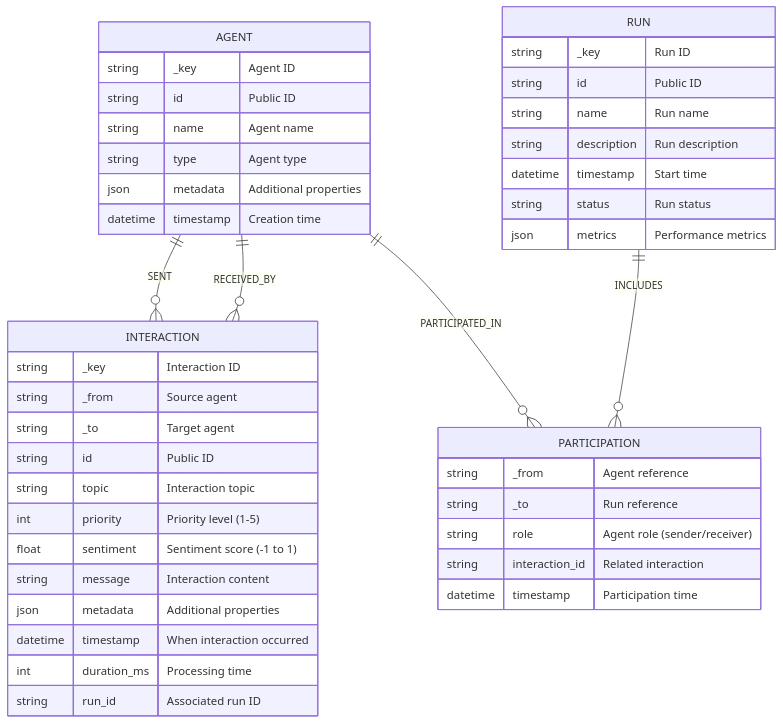
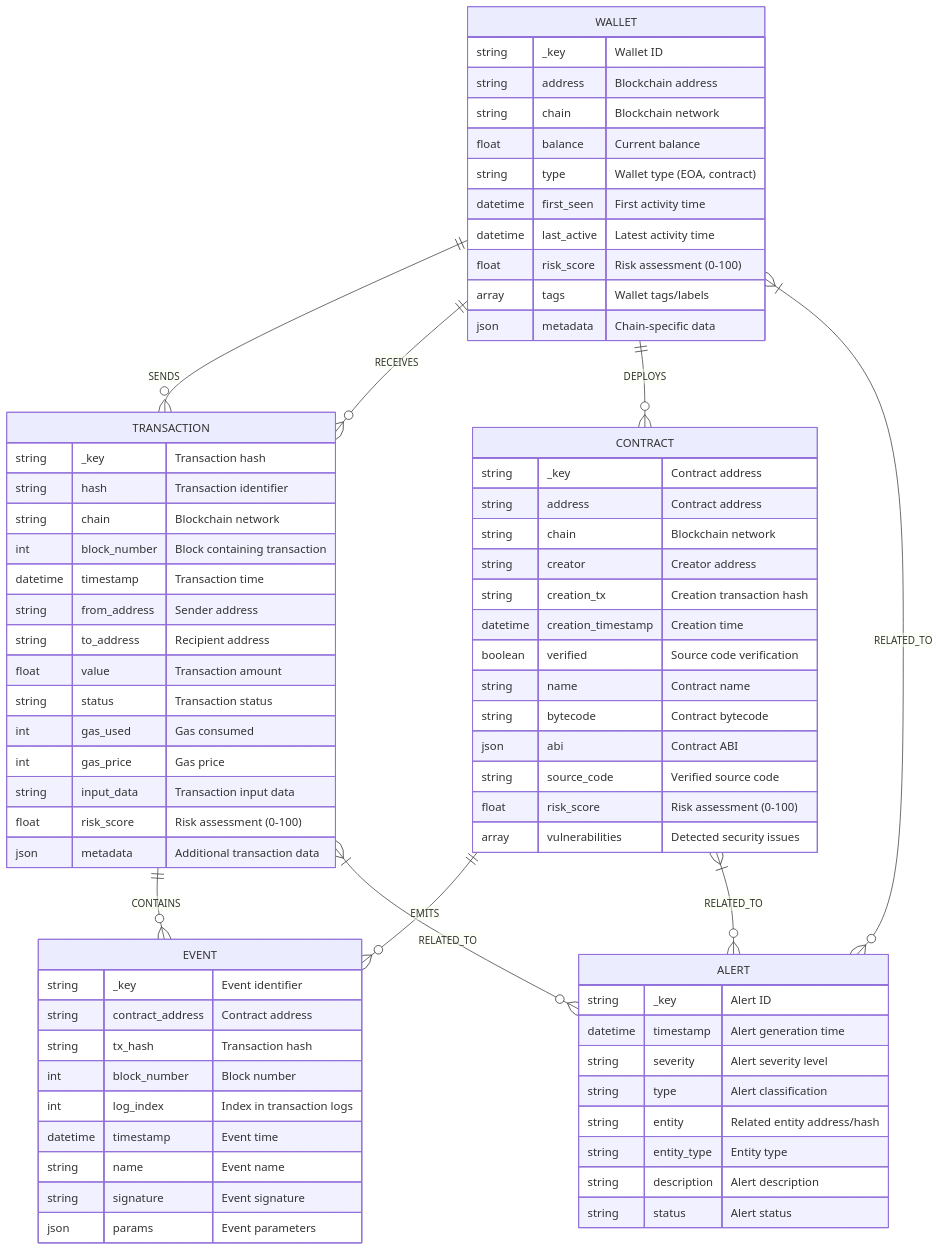
One commit to JtPerez-Acle/NeuroSpark changed the sixth of 7 diagrams in README.md. Above: the diagram before and after it, drawn with Mermaid. The commit also changed other lines of this file and 21 other files, not shown here.

Commit message:
[core] completed move to blockchain-first system; v0.9.0

````diff
--- a/README.md
+++ b/README.md
@@ -702,49 +717,80 @@
 ```mermaid
 erDiagram
-    AGENT ||--o{ INTERACTION : "SENT"
-    AGENT ||--o{ INTERACTION : "RECEIVED_BY"
-    AGENT ||--o{ PARTICIPATION : "PARTICIPATED_IN"
-    RUN ||--o{ PARTICIPATION : "INCLUDES"
+    WALLET ||--o{ TRANSACTION : "SENDS"
+    WALLET ||--o{ TRANSACTION : "RECEIVES"
+    WALLET ||--o{ CONTRACT : "DEPLOYS"
+    CONTRACT ||--o{ EVENT : "EMITS"
+    TRANSACTION ||--o{ EVENT : "CONTAINS"
+    WALLET }|--o{ ALERT : "RELATED_TO"
+    CONTRACT }|--o{ ALERT : "RELATED_TO"
+    TRANSACTION }|--o{ ALERT : "RELATED_TO"
     
-    AGENT {
-        string _key "Agent ID"
-        string id "Public ID"
-        string name "Agent name"
-        string type "Agent type"
-        json metadata "Additional properties"
-        datetime timestamp "Creation time"
+    WALLET {
+        string _key "Wallet ID"
+        string address "Blockchain address"
+        string chain "Blockchain network"
+        float balance "Current balance"
+        string type "Wallet type (EOA, contract)"
+        datetime first_seen "First activity time"
+        datetime last_active "Latest activity time"
+        float risk_score "Risk assessment (0-100)"
+        array tags "Wallet tags/labels"
+        json metadata "Chain-specific data"
     }
     
-    INTERACTION {
-        string _key "Interaction ID"
-        string _from "Source agent"
-        string _to "Target agent"
-        string id "Public ID"
-        string topic "Interaction topic"
-        int priority "Priority level (1-5)"
-        float sentiment "Sentiment score (-1 to 1)"
-        string message "Interaction content"
-        json metadata "Additional properties"
-        datetime timestamp "When interaction occurred"
-        int duration_ms "Processing time"
-        string run_id "Associated run ID"
+    TRANSACTION {
+        string _key "Transaction hash"
+        string hash "Transaction identifier"
+        string chain "Blockchain network"
+        int block_number "Block containing transaction"
+        datetime timestamp "Transaction time"
+        string from_address "Sender address"
+        string to_address "Recipient address"
+        float value "Transaction amount"
+        string status "Transaction status"
+        int gas_used "Gas consumed"
+        int gas_price "Gas price"
+        string input_data "Transaction input data"
+        float risk_score "Risk assessment (0-100)"
+        json metadata "Additional transaction data"
     }
     
-    RUN {
-        string _key "Run ID"
-        string id "Public ID"
-        string name "Run name"
-        string description "Run description"
-        datetime timestamp "Start time"
-        string status "Run status"
-        json metrics "Performance metrics"
+    CONTRACT {
+        string _key "Contract address"
+        string address "Contract address"
+        string chain "Blockchain network"
+        string creator "Creator address"
+        string creation_tx "Creation transaction hash"
+        datetime creation_timestamp "Creation time"
+        boolean verified "Source code verification"
+        string name "Contract name"
+        string bytecode "Contract bytecode"
+        json abi "Contract ABI"
+        string source_code "Verified source code"
+        float risk_score "Risk assessment (0-100)"
+        array vulnerabilities "Detected security issues"
     }
     
-    PARTICIPATION {
-        string _from "Agent reference"
-        string _to "Run reference"
-        string role "Agent role (sender/receiver)"
-        string interaction_id "Related interaction"
-        datetime timestamp "Participation time"
+    EVENT {
+        string _key "Event identifier"
+        string contract_address "Contract address"
+        string tx_hash "Transaction hash"
+        int block_number "Block number"
+        int log_index "Index in transaction logs"
+        datetime timestamp "Event time"
+        string name "Event name"
+        string signature "Event signature"
+        json params "Event parameters"
+    }
+    
+    ALERT {
+        string _key "Alert ID"
+        datetime timestamp "Alert generation time"
+        string severity "Alert severity level"
+        string type "Alert classification"
+        string entity "Related entity address/hash"
+        string entity_type "Entity type"
+        string description "Alert description"
+        string status "Alert status"
     }
 ```
````
